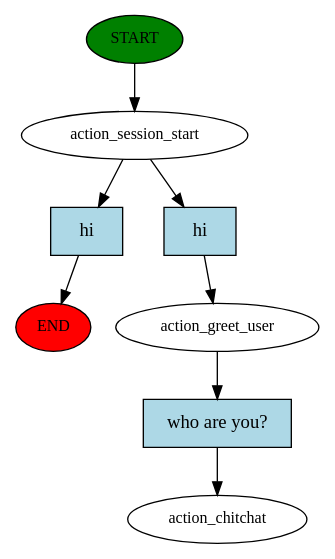
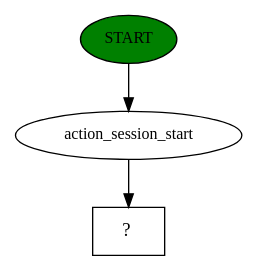
Before and after one commit to jupiterbak/RASA: the diagram in DialogEngineService/story_graph.dot, drawn with Graphviz. The commit also changed 13 other files, not shown here.

```diff
--- a/DialogEngineService/story_graph.dot
+++ b/DialogEngineService/story_graph.dot
@@ -1,17 +1,7 @@
 digraph  {
 0 [class="start active", fillcolor=green, fontsize=12, label=START, style=filled];
-"-1" [class=end, fillcolor=red, fontsize=12, label=END, style=filled];
 1 [class=active, fontsize=12, label=action_session_start];
-3 [class=active, fontsize=12, label=action_greet_user];
-4 [class="dashed active", fontsize=12, label=action_chitchat];
-5 [class=intent, fillcolor=lightblue, label=hi, shape=rect, style=filled];
-6 [class="intent active", fillcolor=lightblue, label=hi, shape=rect, style=filled];
-7 [class="intent active", fillcolor=lightblue, label="who are you?", shape=rect, style=filled];
+2 [class="intent dashed active", label="  ?  ", shape=rect];
 0 -> 1  [class=active, key=NONE, label=""];
-1 -> 5  [class="", key=0];
-1 -> 6  [class=active, key=0];
-3 -> 7  [class=active, key=0];
-5 -> "-1"  [class="", key=0];
-6 -> 3  [class=active, key=0];
-7 -> 4  [class=active, key=0];
+1 -> 2  [class=active, key=NONE, label=""];
 }
```
